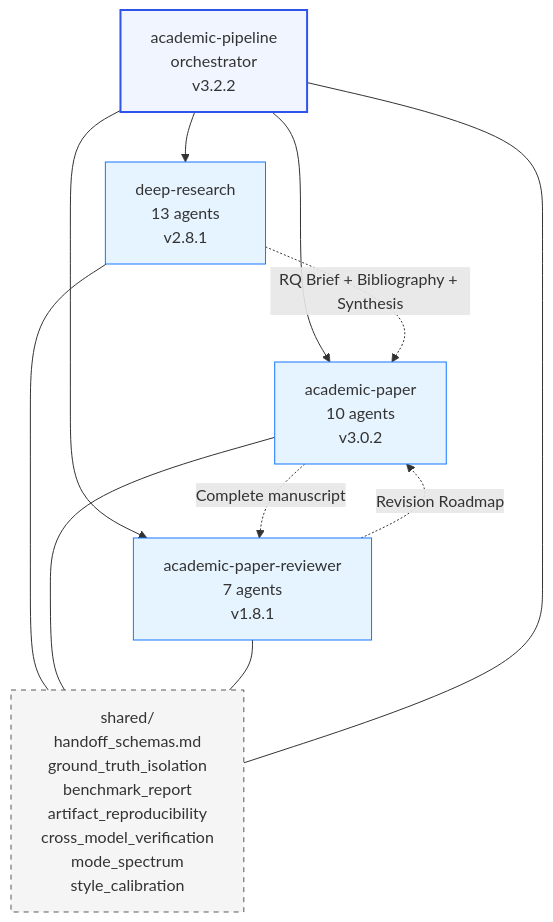
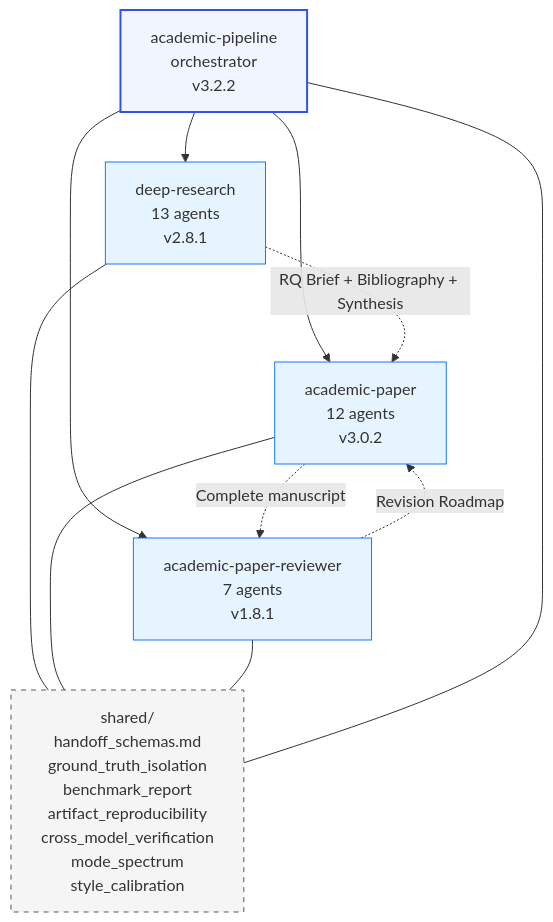
Before and after one commit to Masqiller/ARG-RESEARCHER-V4.1: the third of 4 diagrams in docs/ARCHITECTURE.md, drawn with Mermaid. The commit also changed other lines of this file, not shown here.

First line of the commit message:
docs(architecture): address PR #18 review

````diff
--- a/docs/ARCHITECTURE.md
+++ b/docs/ARCHITECTURE.md
@@ -126,26 +147,26 @@
 ```mermaid
 graph TD
     Pipeline[academic-pipeline<br/>orchestrator<br/>v3.2.2]
     DR[deep-research<br/>13 agents<br/>v2.8.1]
-    AP[academic-paper<br/>10 agents<br/>v3.0.2]
+    AP[academic-paper<br/>12 agents<br/>v3.0.2]
     APR[academic-paper-reviewer<br/>7 agents<br/>v1.8.1]
     Shared[shared/<br/>handoff_schemas.md<br/>ground_truth_isolation<br/>benchmark_report<br/>artifact_reproducibility<br/>cross_model_verification<br/>mode_spectrum<br/>style_calibration]
 
     Pipeline --> DR
     Pipeline --> AP
     Pipeline --> APR
     DR -. "RQ Brief + Bibliography + Synthesis" .-> AP
     AP -. "Complete manuscript" .-> APR
     APR -. "Revision Roadmap" .-> AP
     DR --- Shared
     AP --- Shared
     APR --- Shared
     Pipeline --- Shared
 
     classDef orch fill:#f0f5ff,stroke:#2f54eb,stroke-width:2px
     classDef skill fill:#e6f4ff,stroke:#1677ff
     classDef shared fill:#f5f5f5,stroke:#595959,stroke-dasharray:5 5
     class Pipeline orch
     class DR,AP,APR skill
     class Shared shared
 ```
````
